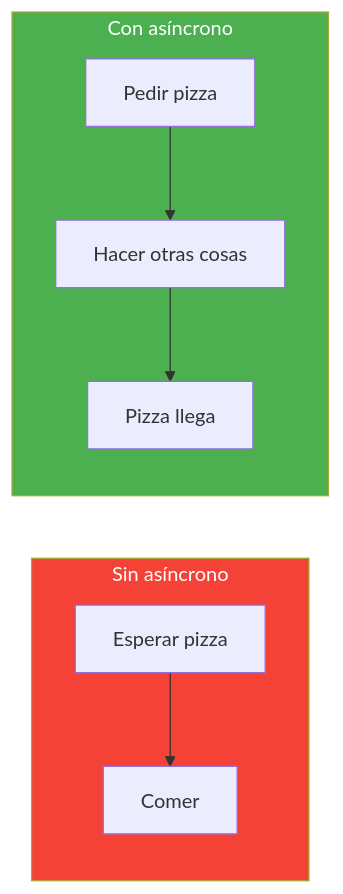
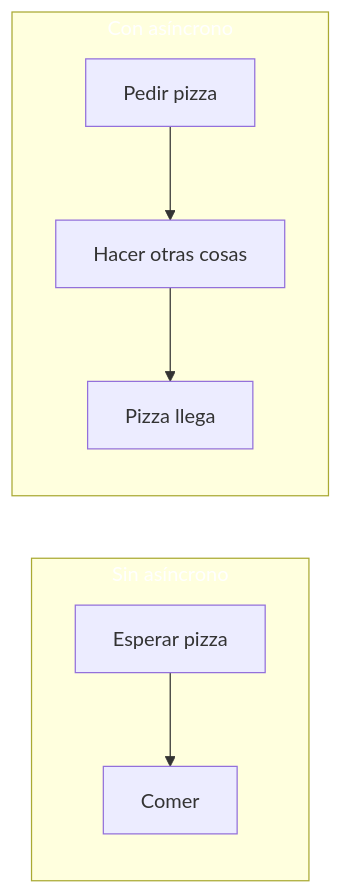
Before and after one commit to joseluisgs/DesarrolloWebEntornosServidor-01-2026-2027: the first of 6 diagrams in soluciones/13-ProgramacionAsincrona/README.md, drawn with Mermaid. The commit also changed other lines of this file and 66 other files, not shown here.

First line of the commit message:
fix: normalizar titulos al castellano de frase y corregir la paleta de mermaid

````diff
--- a/soluciones/13-ProgramacionAsincrona/README.md
+++ b/soluciones/13-ProgramacionAsincrona/README.md
@@ -11,14 +11,14 @@
 ```mermaid
 graph LR
     subgraph SIN_ASYNC["Sin asíncrono"]
         S1["Esperar pizza"] --> S2["Comer"]
     end
 
     subgraph CON_ASYNC["Con asíncrono"]
         C1["Pedir pizza"] --> C2["Hacer otras cosas"]
         C2 --> C3["Pizza llega"]
     end
 
-    style SIN_ASYNC fill:#f44336,color:#fff
-    style CON_ASYNC fill:#4CAF50,color:#fff
+    style SIN_ASYNC fill:#f4433,color:#fff6,color:#fff
+    style CON_ASYNC fill:#4CAF5,color:#fff0,color:#fff
 ```
````
